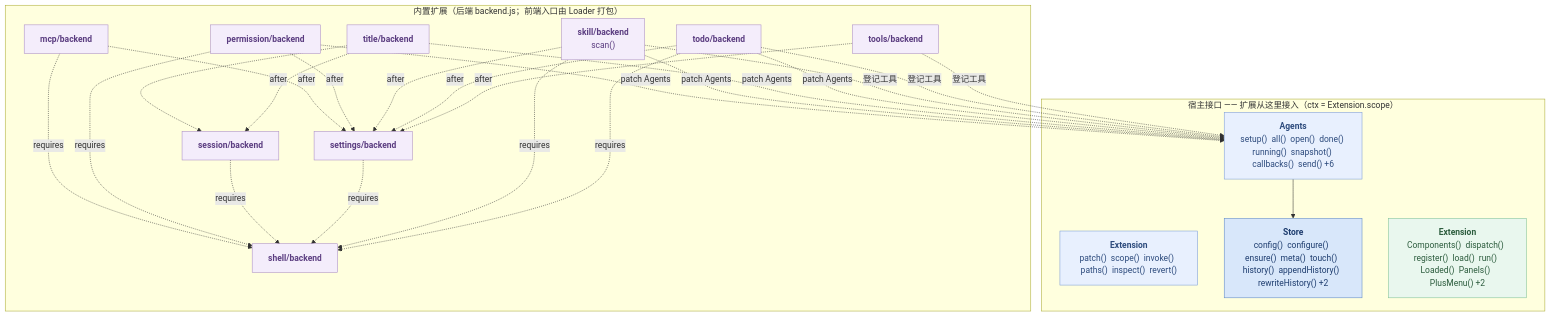
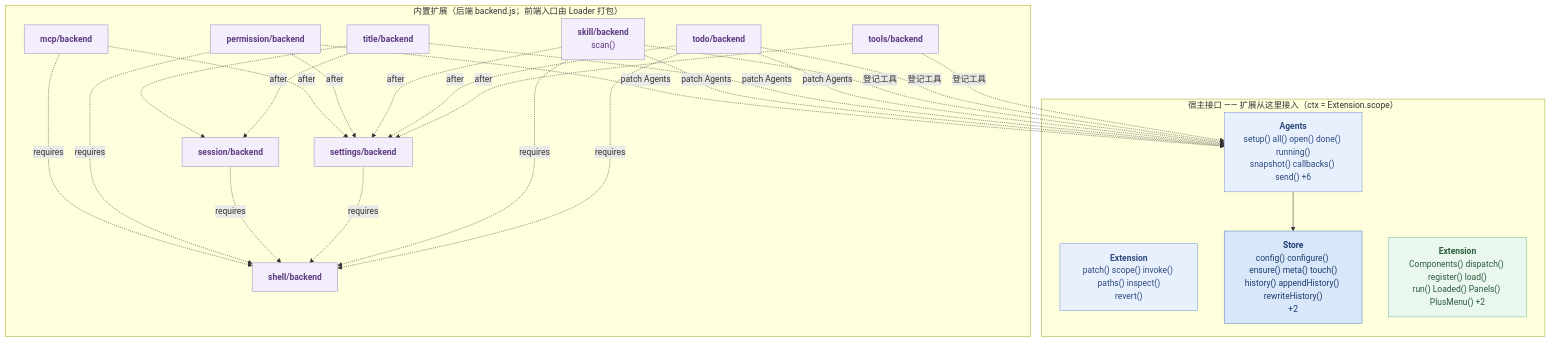
The fourth of 4 diagrams in docs/architecture.md (kernel4632/agent), drawn with Mermaid before and after one commit. The commit also changed other lines of this file and 2 other files, not shown here.

First line of the commit message:
fix: 架构图节点标签适配 mermaid 宽度上限——按显示宽度折行，消除截断

````diff
--- a/docs/architecture.md
+++ b/docs/architecture.md
@@ -364,48 +364,48 @@
 ```mermaid
 graph TD
     subgraph g0["宿主接口 —— 扩展从这里接入（ctx = Extension.scope）"]
-    n1gcjvhk["<b>Extension</b><br/>patch()  scope()  invoke()  paths()  inspect()  revert()"]:::backend
-    nbxek49["<b>Agents</b><br/>setup()  all()  open()  done()  running()  snapshot()  callbacks()  send() +6"]:::backend
-    n4hgrwm["<b>Store</b><br/>config()  configure()  ensure()  meta()  touch()  history()  appendHistory()  rewriteHistory() +2"]:::store
-    n1qcy0uz["<b>Extension</b><br/>Components()  dispatch()  register()  load()  run()  Loaded()  Panels()  PlusMenu() +2"]:::web
+    n1gcjvhk["<b>Extension</b><br/>patch() scope() invoke() paths() inspect()<br/>revert()"]:::backend
+    nbxek49["<b>Agents</b><br/>setup() all() open() done() running()<br/>snapshot() callbacks() send() +6"]:::backend
+    n4hgrwm["<b>Store</b><br/>config() configure() ensure() meta() touch()<br/>history() appendHistory() rewriteHistory()<br/>+2"]:::store
+    n1qcy0uz["<b>Extension</b><br/>Components() dispatch() register() load()<br/>run() Loaded() Panels() PlusMenu() +2"]:::web
     end
     subgraph g1["内置扩展（后端 backend.js；前端入口由 Loader 打包）"]
     nopqhf0["<b>mcp/backend</b>"]:::ext
     n10ycygf["<b>permission/backend</b>"]:::ext
     n6ceey8["<b>session/backend</b>"]:::ext
     n1bwj4wr["<b>settings/backend</b>"]:::ext
     n176bot2["<b>shell/backend</b>"]:::ext
     ndhwbyt["<b>skill/backend</b><br/>scan()"]:::ext
     n1pd8dgu["<b>title/backend</b>"]:::ext
     n19q3pg8["<b>todo/backend</b>"]:::ext
     n1xk5nt7["<b>tools/backend</b>"]:::ext
     end
     nbxek49 --> n4hgrwm
     n10ycygf -. patch Agents .-> nbxek49
     ndhwbyt -. patch Agents .-> nbxek49
     n1pd8dgu -. patch Agents .-> nbxek49
     n19q3pg8 -. patch Agents .-> nbxek49
     ndhwbyt -. 登记工具 .-> nbxek49
     n19q3pg8 -. 登记工具 .-> nbxek49
     n1xk5nt7 -. 登记工具 .-> nbxek49
     n1pd8dgu -.-> n6ceey8
     nopqhf0 -. requires .-> n176bot2
     nopqhf0 -. after .-> n1bwj4wr
     n10ycygf -. requires .-> n176bot2
     n10ycygf -. after .-> n1bwj4wr
     n6ceey8 -. requires .-> n176bot2
     n1bwj4wr -. requires .-> n176bot2
     ndhwbyt -. requires .-> n176bot2
     ndhwbyt -. after .-> n1bwj4wr
     n1pd8dgu -. after .-> n6ceey8
     n19q3pg8 -. requires .-> n176bot2
     n19q3pg8 -. after .-> n1bwj4wr
     n1xk5nt7 -. after .-> n1bwj4wr
     classDef agent-core fill:#eef1f5,stroke:#9aa7b8,color:#5a6572
     classDef backend fill:#e8f0fe,stroke:#7a9bd4,color:#2c4a7c
     classDef store fill:#d8e7fa,stroke:#5a86c4,color:#1d3c6e
     classDef web fill:#e9f7ee,stroke:#7cbf95,color:#2c5c3d
     classDef webui fill:#f2fbf5,stroke:#a5d4b8,color:#2c5c3d
     classDef ext fill:#f4edfb,stroke:#a98bc4,color:#5b3d80
     classDef route fill:#fff3e0,stroke:#e0a458,color:#8a5a1a
 ```
````
